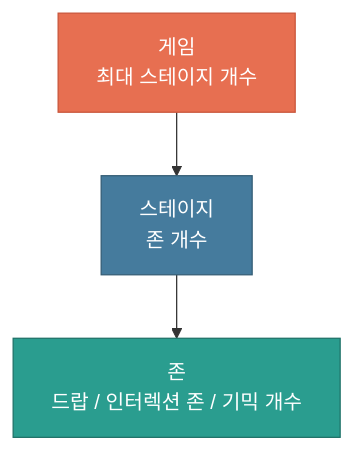
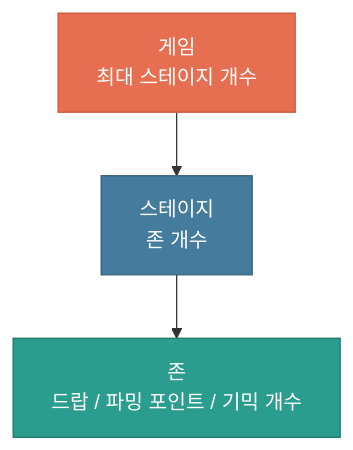
One commit to ashuatz/nhn-yaho changed the second of 2 diagrams in Docs/agent-temp/필드_규칙_및_절차_v0.0.1.md. Above: the diagram before and after it, drawn with Mermaid. The commit also changed other lines of this file and 15 other files, not shown here.

````diff
--- a/Docs/agent-temp/필드_규칙_및_절차_v0.0.1.md
+++ b/Docs/agent-temp/필드_규칙_및_절차_v0.0.1.md
@@ -152,8 +152,8 @@
 ```mermaid
 flowchart TD
-    A["게임\n최대 스테이지 개수"]:::game --> B["스테이지\n존 개수"]:::stage --> C["존\n드랍 / 인터렉션 존 / 기믹 개수"]:::zone
+    A["게임\n최대 스테이지 개수"]:::game --> B["스테이지\n존 개수"]:::stage --> C["존\n드랍 / 파밍 포인트 / 기믹 개수"]:::zone
 
     classDef game fill:#e76f51,stroke:#c9553a,color:#fff
     classDef stage fill:#457b9d,stroke:#345d75,color:#fff
     classDef zone fill:#2a9d8f,stroke:#1f7268,color:#fff
 ```
````
